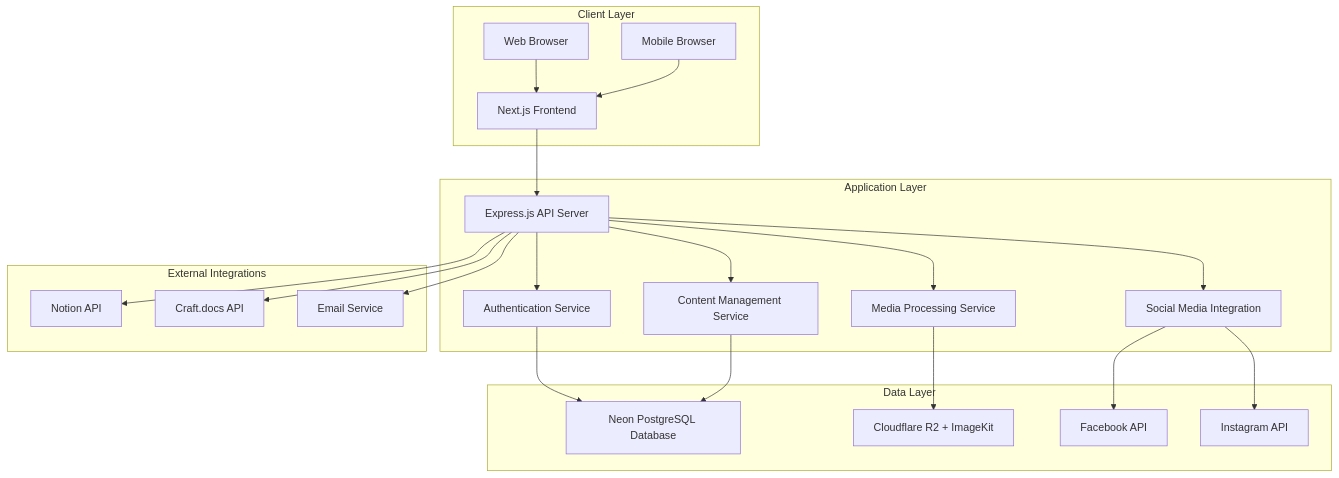
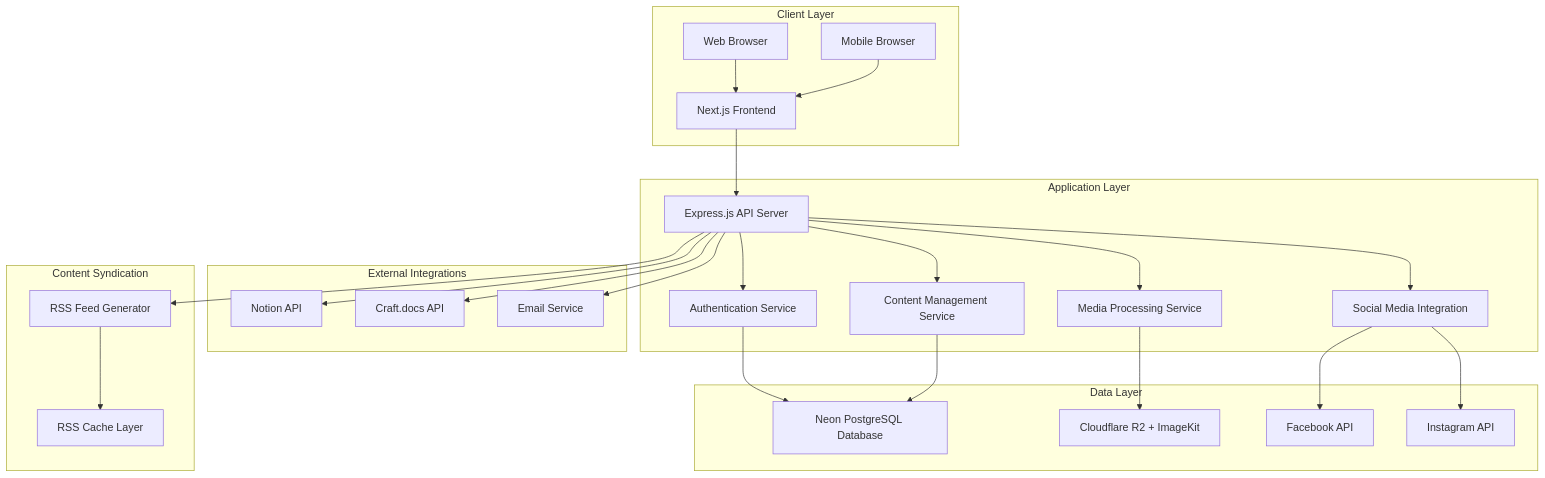
The diagram in .kiro/specs/ons-webapp/design.md (SanjayKhatiChhetri/OuluNepaleseSports-WebApp), drawn with Mermaid before and after one commit. The commit also changed other lines of this file and 13 other files, not shown here.

````diff
--- a/.kiro/specs/ons-webapp/design.md
+++ b/.kiro/specs/ons-webapp/design.md
@@ -39,29 +40,34 @@
 ```mermaid
 graph TB
     subgraph "Client Layer"
         A[Web Browser] --> B[Next.js Frontend]
         C[Mobile Browser] --> B
     end
     
     subgraph "Application Layer"
         B --> D[Express.js API Server]
         D --> E[Authentication Service]
         D --> F[Content Management Service]
         D --> G[Media Processing Service]
         D --> H[Social Media Integration]
     end
     
     subgraph "Data Layer"
         E --> I[Neon PostgreSQL Database]
         F --> I
         G --> J[Cloudflare R2 + ImageKit]
         H --> K[Facebook API]
         H --> L[Instagram API]
     end
     
     subgraph "External Integrations"
         D --> M[Notion API]
         D --> N[Craft.docs API]
         D --> O[Email Service]
     end
+    
+    subgraph "Content Syndication"
+        D --> P[RSS Feed Generator]
+        P --> Q[RSS Cache Layer]
+    end
 ```
````
